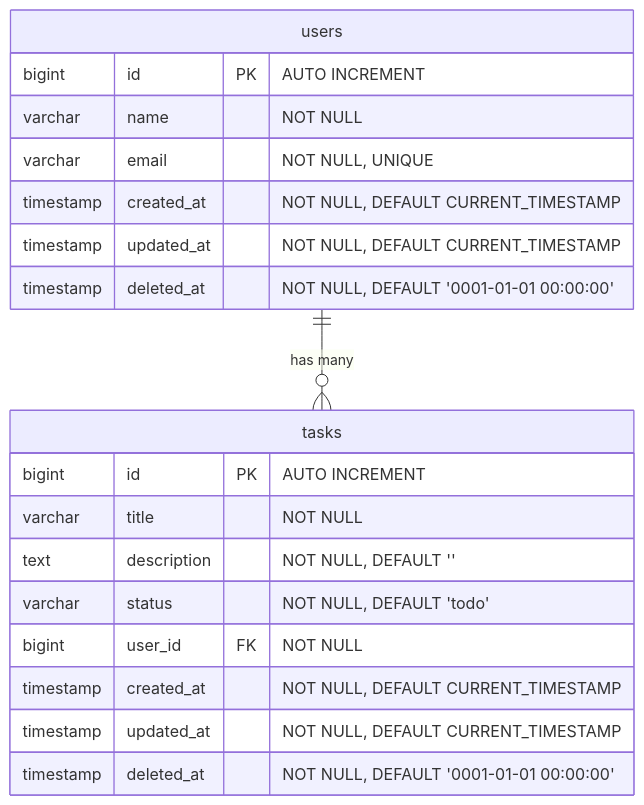
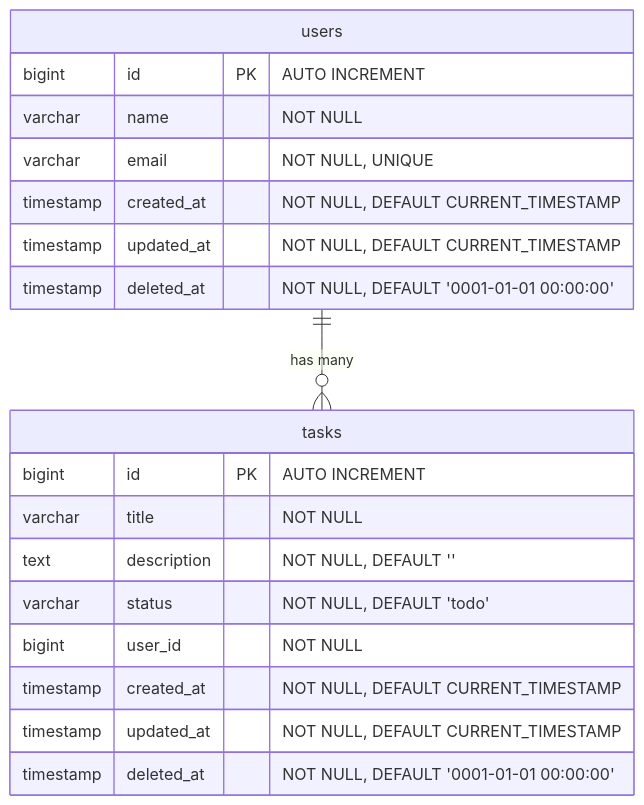
One commit to geek-teru/claude-task-app changed the diagram in CLAUDE.md. Above: the diagram before and after it, drawn with Mermaid. The commit also changed other lines of this file and 6 other files, not shown here.

````diff
--- a/CLAUDE.md
+++ b/CLAUDE.md
@@ -111,24 +143,24 @@
 ```mermaid
 erDiagram
     users {
         bigint id PK "AUTO INCREMENT"
         varchar name "NOT NULL"
         varchar email "NOT NULL, UNIQUE"
         timestamp created_at "NOT NULL, DEFAULT CURRENT_TIMESTAMP"
         timestamp updated_at "NOT NULL, DEFAULT CURRENT_TIMESTAMP"
         timestamp deleted_at "NOT NULL, DEFAULT '0001-01-01 00:00:00'"
     }
 
     tasks {
         bigint id PK "AUTO INCREMENT"
         varchar title "NOT NULL"
         text description "NOT NULL, DEFAULT ''"
         varchar status "NOT NULL, DEFAULT 'todo'"
-        bigint user_id FK "NOT NULL"
+        bigint user_id "NOT NULL"
         timestamp created_at "NOT NULL, DEFAULT CURRENT_TIMESTAMP"
         timestamp updated_at "NOT NULL, DEFAULT CURRENT_TIMESTAMP"
         timestamp deleted_at "NOT NULL, DEFAULT '0001-01-01 00:00:00'"
     }
 
     users ||--o{ tasks : "has many"
 ```
````
